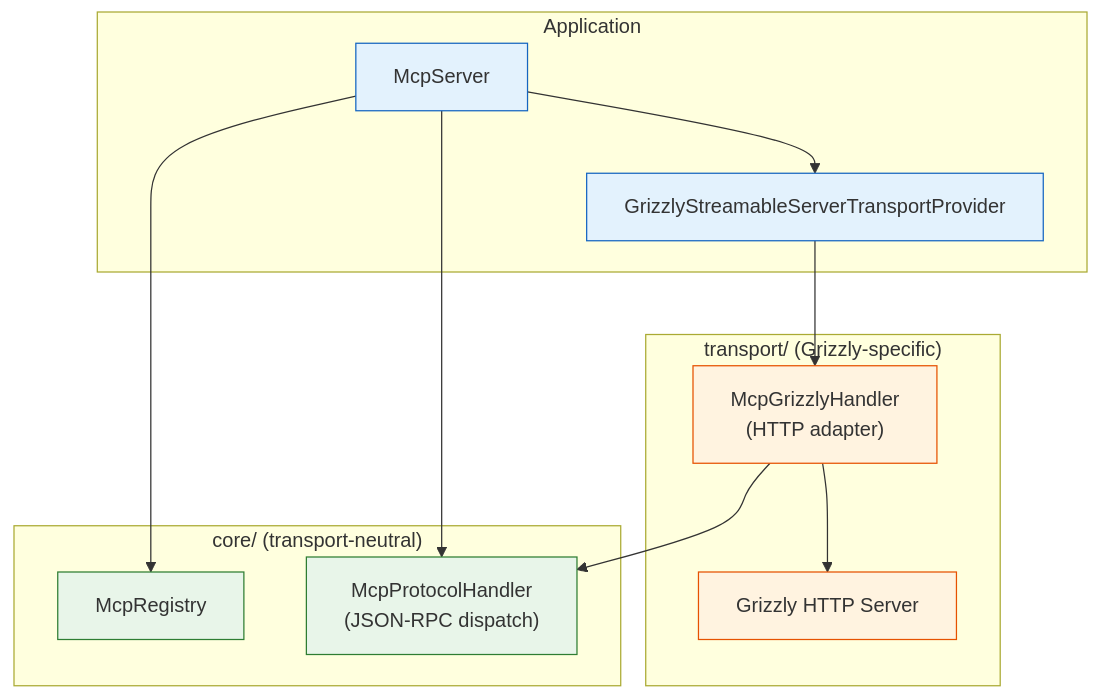
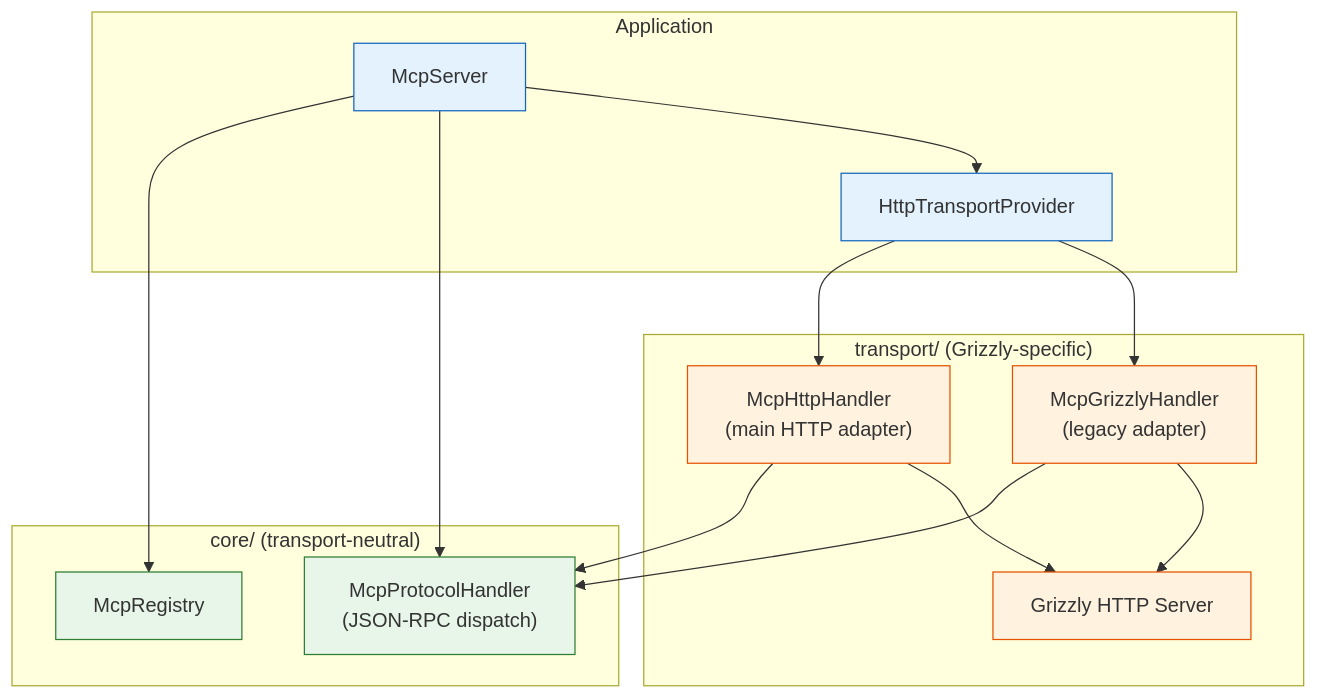
The first of 2 diagrams in docs/adr/ADR-0002-grizzly-transport-isolation.md (vinhphan812/mcp-java-sdk), drawn with Mermaid before and after one commit. The commit also changed other lines of this file and 20 other files, not shown here.

First line of the commit message:
docs: sync ADR and project docs with current source — rename GrizzlyStreamableServerTransportProvider -> HttpTransportProvider

````diff
--- a/docs/adr/ADR-0002-grizzly-transport-isolation.md
+++ b/docs/adr/ADR-0002-grizzly-transport-isolation.md
@@ -17,32 +27,36 @@
 ```mermaid
 graph TD
     subgraph application["Application"]
         Server["McpServer"]
-        Provider["GrizzlyStreamableServerTransportProvider"]
+        Provider["HttpTransportProvider"]
     end
 
     subgraph core["core/ (transport-neutral)"]
         Registry["McpRegistry"]
         Protocol["McpProtocolHandler<br/>(JSON-RPC dispatch)"]
     end
 
     subgraph transport["transport/ (Grizzly-specific)"]
-        GrizzlyHandler["McpGrizzlyHandler<br/>(HTTP adapter)"]
+        HttpHandler["McpHttpHandler<br/>(main HTTP adapter)"]
+        GrizzlyHandler["McpGrizzlyHandler<br/>(legacy adapter)"]
         GrizzlyServer["Grizzly HTTP Server"]
     end
 
     Server --> Registry
     Server --> Protocol
     Server --> Provider
+    Provider --> HttpHandler
+    HttpHandler --> Protocol
+    HttpHandler --> GrizzlyServer
     Provider --> GrizzlyHandler
     GrizzlyHandler --> Protocol
     GrizzlyHandler --> GrizzlyServer
 
     classDef core fill:#e8f5e9,stroke:#2e7d32
     classDef transport fill:#fff3e0,stroke:#e65100
     classDef application fill:#e3f2fd,stroke:#1565c0
     classDef protocol fill:#f3e5f5,stroke:#7b1fa2
     class Registry,Protocol core
-    class GrizzlyHandler,GrizzlyServer transport
+    class HttpHandler,GrizzlyHandler,GrizzlyServer transport
     class Server,Provider application
 ```
````
